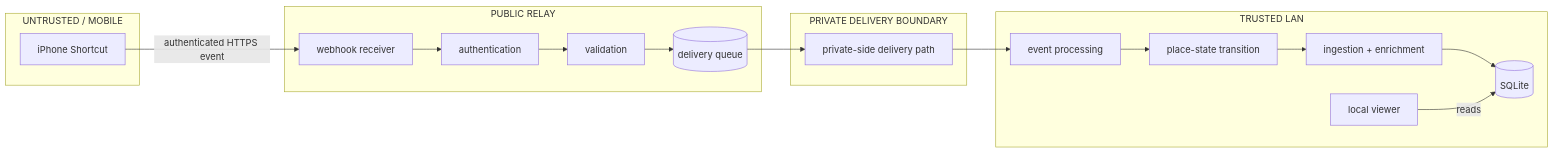
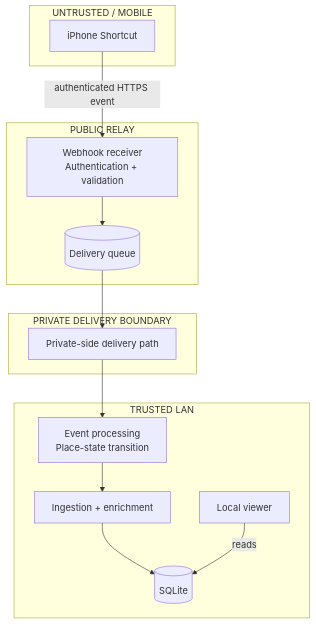
The diagram in README.md (broeneatsdinner/presence-relay), drawn with Mermaid before and after one commit. The commit also changed other lines of this file, not shown here.

Commit message:
Revise architecture section in README.md
Removed text diagram and updated mermaid flowchart for clarity.

````diff
--- a/README.md
+++ b/README.md
@@ -80,36 +60,32 @@
 ```mermaid
-flowchart LR
+flowchart TB
 	subgraph mobile["UNTRUSTED / MOBILE"]
 		shortcut["iPhone Shortcut"]
 	end
 
 	subgraph relay["PUBLIC RELAY"]
-		webhook["webhook receiver"]
-		auth["authentication"]
-		validate["validation"]
-		queue[("delivery queue")]
+		intake["Webhook receiver<br/>Authentication + validation"]
+		queue[("Delivery queue")]
+
+		intake --> queue
 	end
 
 	subgraph boundary["PRIVATE DELIVERY BOUNDARY"]
-		delivery["private-side delivery path"]
+		delivery["Private-side delivery path"]
 	end
 
 	subgraph lan["TRUSTED LAN"]
-		eventsh["event processing"]
-		state["place-state transition"]
-		ingest["ingestion + enrichment"]
+		processing["Event processing<br/>Place-state transition"]
+		enrichment["Ingestion + enrichment"]
 		db[("SQLite")]
-		viewer["local viewer"]
+		viewer["Local viewer"]
+
+		processing --> enrichment
+		enrichment --> db
+		viewer -->|"reads"| db
 	end
 
-	shortcut -->|"authenticated HTTPS event"| webhook
-	webhook --> auth
-	auth --> validate
-	validate --> queue
+	shortcut -->|"authenticated HTTPS event"| intake
 	queue --> delivery
-	delivery --> eventsh
-	eventsh --> state
-	state --> ingest
-	ingest --> db
-	viewer -->|"reads"| db
+	delivery --> processing
 ```
````
